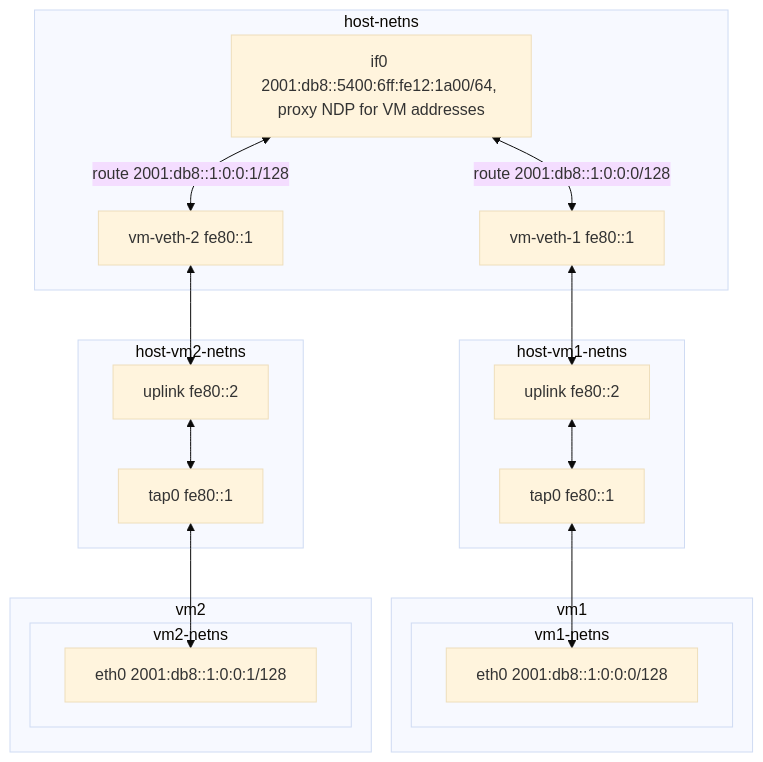
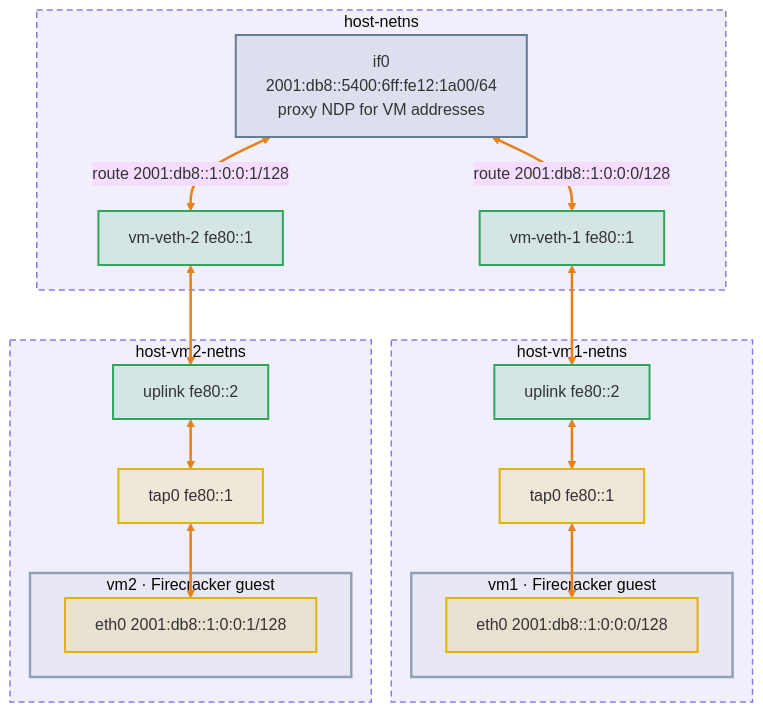
The third of 3 diagrams in docs/cookbook/networking.md (harmont-dev/hyper), drawn with Mermaid (base theme) before and after one commit. The commit also changed other lines of this file and 6 other files, not shown here.

````diff
--- a/docs/cookbook/networking.md
+++ b/docs/cookbook/networking.md
@@ -171,35 +187,45 @@
 ```mermaid
 flowchart TD
     subgraph host-netns
-        if0["if0 2001:db8::5400:6ff:fe12:1a00/64, proxy NDP for VM addresses"]
+        if0["if0<br>2001:db8::5400:6ff:fe12:1a00/64<br>proxy NDP for VM addresses"]
         veth1["vm-veth-1 fe80::1"]
         veth2["vm-veth-2 fe80::1"]
     end
 
     subgraph host-vm1-netns
         uplink1["uplink fe80::2"]
         tap1["tap0 fe80::1"]
+
+        subgraph vm1["vm1 · Firecracker guest"]
+            eth1["eth0 2001:db8::1:0:0:0/128"]
+        end
     end
 
     subgraph host-vm2-netns
         uplink2["uplink fe80::2"]
         tap2["tap0 fe80::1"]
-    end
 
-    subgraph vm1
-        subgraph vm1-netns
-            eth1["eth0 2001:db8::1:0:0:0/128"]
-        end
-    end
-
-    subgraph vm2
-        subgraph vm2-netns
+        subgraph vm2["vm2 · Firecracker guest"]
             eth2["eth0 2001:db8::1:0:0:1/128"]
         end
     end
 
+    if0 <-->|"route 2001:db8::1:0:0:1/128"| veth2
     if0 <-->|"route 2001:db8::1:0:0:0/128"| veth1
-    if0 <-->|"route 2001:db8::1:0:0:1/128"| veth2
+    veth2 <--> uplink2 <--> tap2 <--> eth2
     veth1 <--> uplink1 <--> tap1 <--> eth1
-    veth2 <--> uplink2 <--> tap2 <--> eth2
+
+    linkStyle 0,1,2,3,4,5,6,7 stroke:#e68019,stroke-width:2.5px
+
+    classDef netns fill:#8c7ae61f,stroke:#8c7ae6,stroke-width:1.5px,stroke-dasharray:6 4
+    classDef guest fill:#90a3b61a,stroke:#90a3b6,stroke-width:2.5px
+    classDef nic fill:#637d9726,stroke:#637d97,stroke-width:2px
+    classDef veth fill:#30a65b26,stroke:#30a65b,stroke-width:2px
+    classDef tap fill:#e0b40626,stroke:#e0b406,stroke-width:2px
+    classDef nat fill:#e73a2326,stroke:#e73a23,stroke-width:2px
+    class host-netns,host-vm1-netns,host-vm2-netns netns
+    class vm1,vm2 guest
+    class if0 nic
+    class veth1,veth2,uplink1,uplink2 veth
+    class tap1,tap2,eth1,eth2 tap
 ```
````
